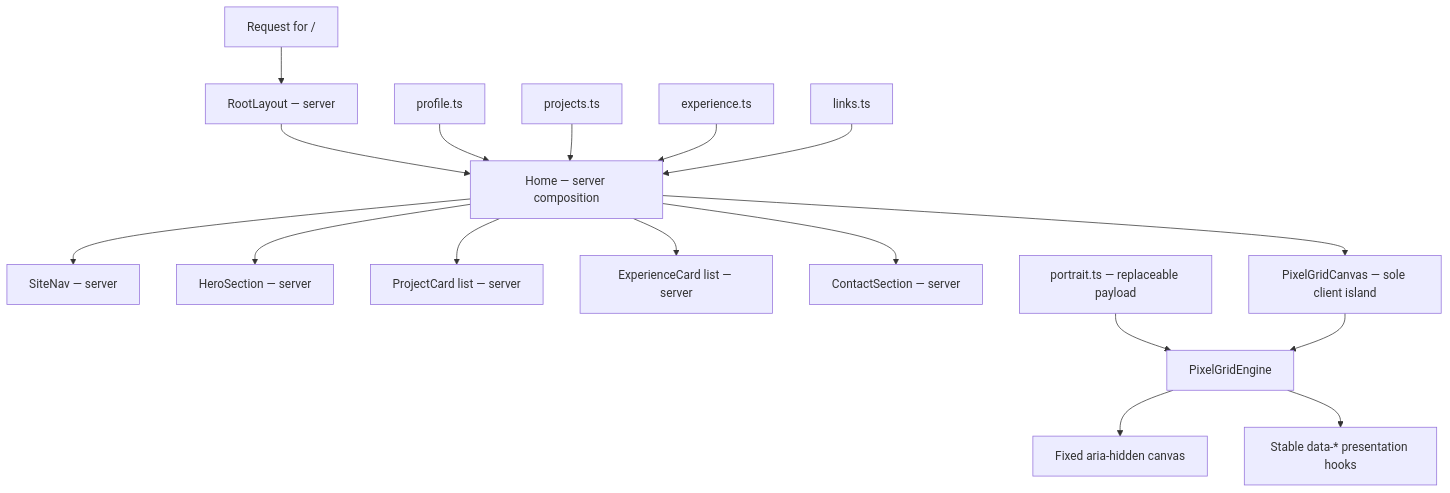
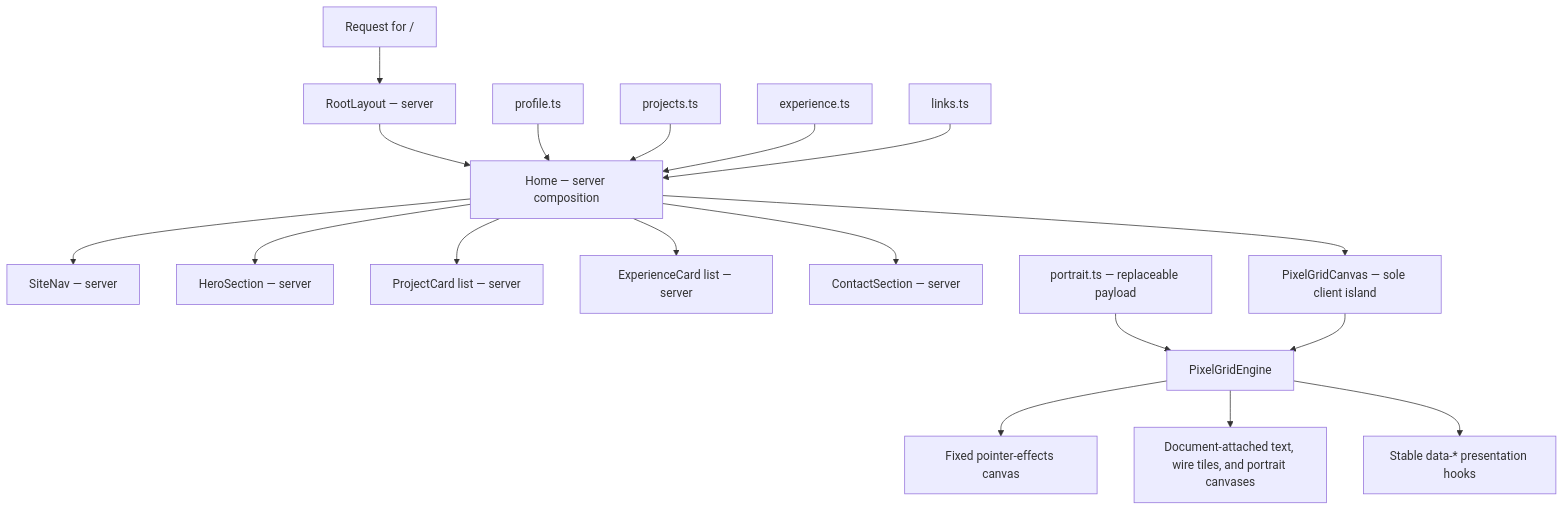
The second of 2 diagrams in ARCHITECTURE.md (amitojsingh366/amitoj.net), drawn with Mermaid before and after one commit. The commit also changed other lines of this file and 12 other files, not shown here.

````diff
--- a/ARCHITECTURE.md
+++ b/ARCHITECTURE.md
@@ -890,21 +890,22 @@
 ```mermaid
 flowchart TD
     Request["Request for /"] --> Layout["RootLayout — server"]
     Layout --> Page["Home — server composition"]
     Profile["profile.ts"] --> Page
     Projects["projects.ts"] --> Page
     Experience["experience.ts"] --> Page
     Links["links.ts"] --> Page
 
     Page --> Nav["SiteNav — server"]
     Page --> Hero["HeroSection — server"]
     Page --> Work["ProjectCard list — server"]
     Page --> History["ExperienceCard list — server"]
     Page --> Contact["ContactSection — server"]
 
     Page --> Island["PixelGridCanvas — sole client island"]
     Portrait["portrait.ts — replaceable payload"] --> Engine["PixelGridEngine"]
     Island --> Engine
-    Engine --> Canvas["Fixed aria-hidden canvas"]
+    Engine --> Canvas["Fixed pointer-effects canvas"]
+    Engine --> Local["Document-attached text, wire tiles, and portrait canvases"]
     Engine --> Hooks["Stable data-* presentation hooks"]
 ```
````
